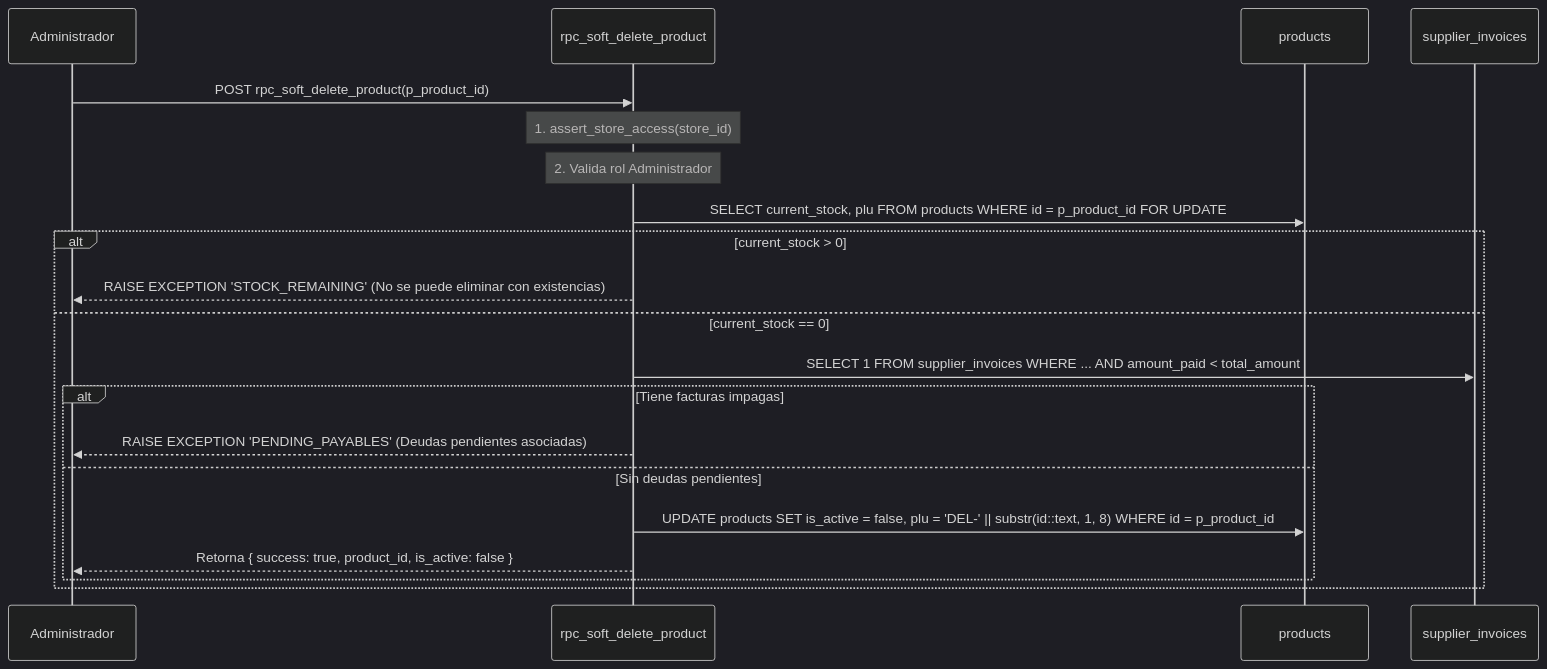
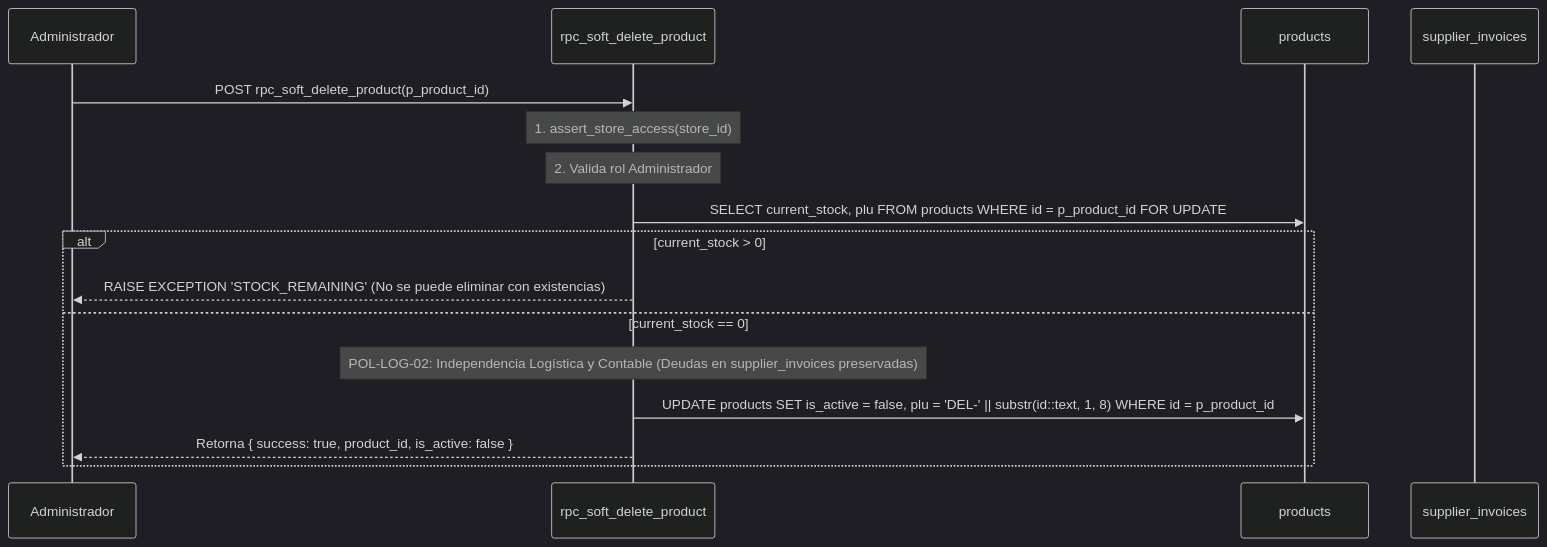
Before and after one commit to YamirJCF/tienda-barrio-pro: the third of 5 diagrams in documentation/01_requirements/SDD/SDD_006_NUCLEO_INVENTARIO_PADRE.md, drawn with Mermaid (dark theme). The commit also changed other lines of this file and 4 other files, not shown here.

First line of the commit message:
fix(inventory): desacoplar bajas logicas de cuentas por pagar segun POL-LOG-02

````diff
--- a/documentation/01_requirements/SDD/SDD_006_NUCLEO_INVENTARIO_PADRE.md
+++ b/documentation/01_requirements/SDD/SDD_006_NUCLEO_INVENTARIO_PADRE.md
@@ -105,23 +105,19 @@
 ```mermaid
 sequenceDiagram
     participant Admin as Administrador
     participant RPC as rpc_soft_delete_product
     participant P as products
     participant SI as supplier_invoices
 
     Admin->>RPC: POST rpc_soft_delete_product(p_product_id)
     Note over RPC: 1. assert_store_access(store_id)
     Note over RPC: 2. Valida rol Administrador
     RPC->>P: SELECT current_stock, plu FROM products WHERE id = p_product_id FOR UPDATE
     alt current_stock > 0
         RPC-->>Admin: RAISE EXCEPTION 'STOCK_REMAINING' (No se puede eliminar con existencias)
     else current_stock == 0
-        RPC->>SI: SELECT 1 FROM supplier_invoices WHERE ... AND amount_paid < total_amount
-        alt Tiene facturas impagas
-            RPC-->>Admin: RAISE EXCEPTION 'PENDING_PAYABLES' (Deudas pendientes asociadas)
-        else Sin deudas pendientes
-            RPC->>P: UPDATE products SET is_active = false, plu = 'DEL-' || substr(id::text, 1, 8) WHERE id = p_product_id
-            RPC-->>Admin: Retorna { success: true, product_id, is_active: false }
-        end
+        Note over RPC: POL-LOG-02: Independencia Logística y Contable (Deudas en supplier_invoices preservadas)
+        RPC->>P: UPDATE products SET is_active = false, plu = 'DEL-' || substr(id::text, 1, 8) WHERE id = p_product_id
+        RPC-->>Admin: Retorna { success: true, product_id, is_active: false }
     end
 ```
````
